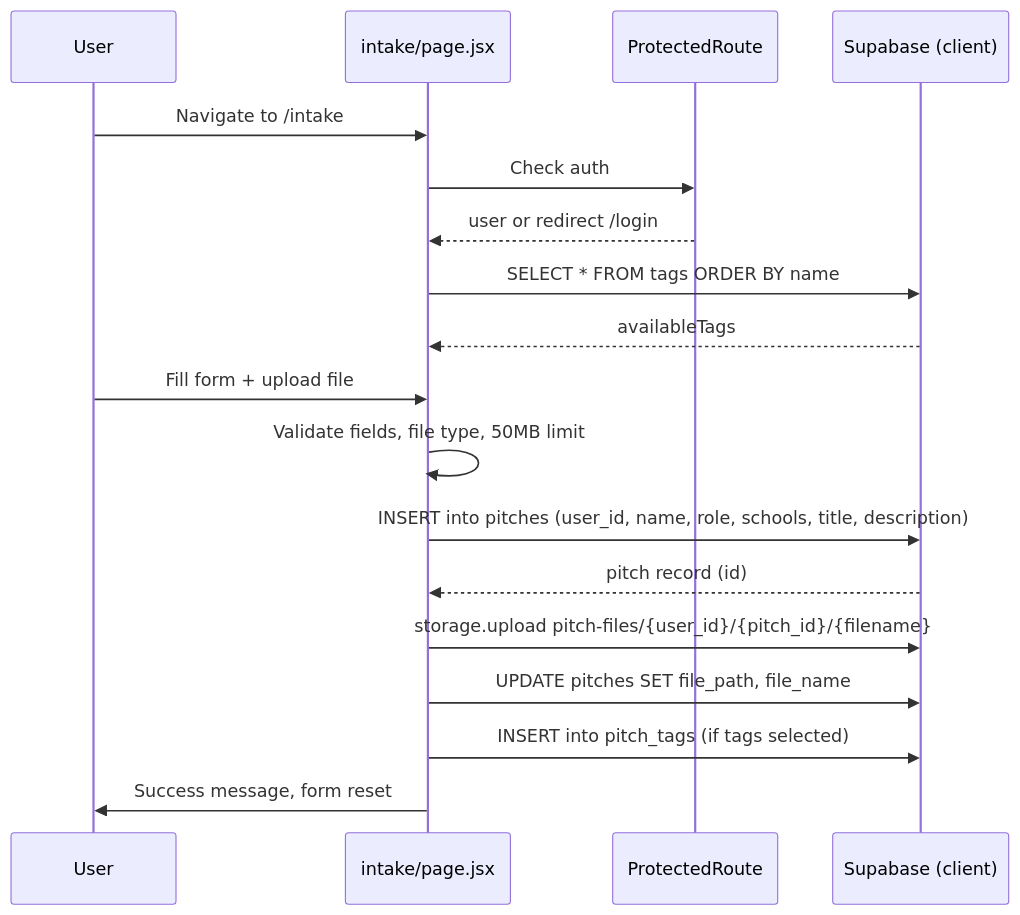
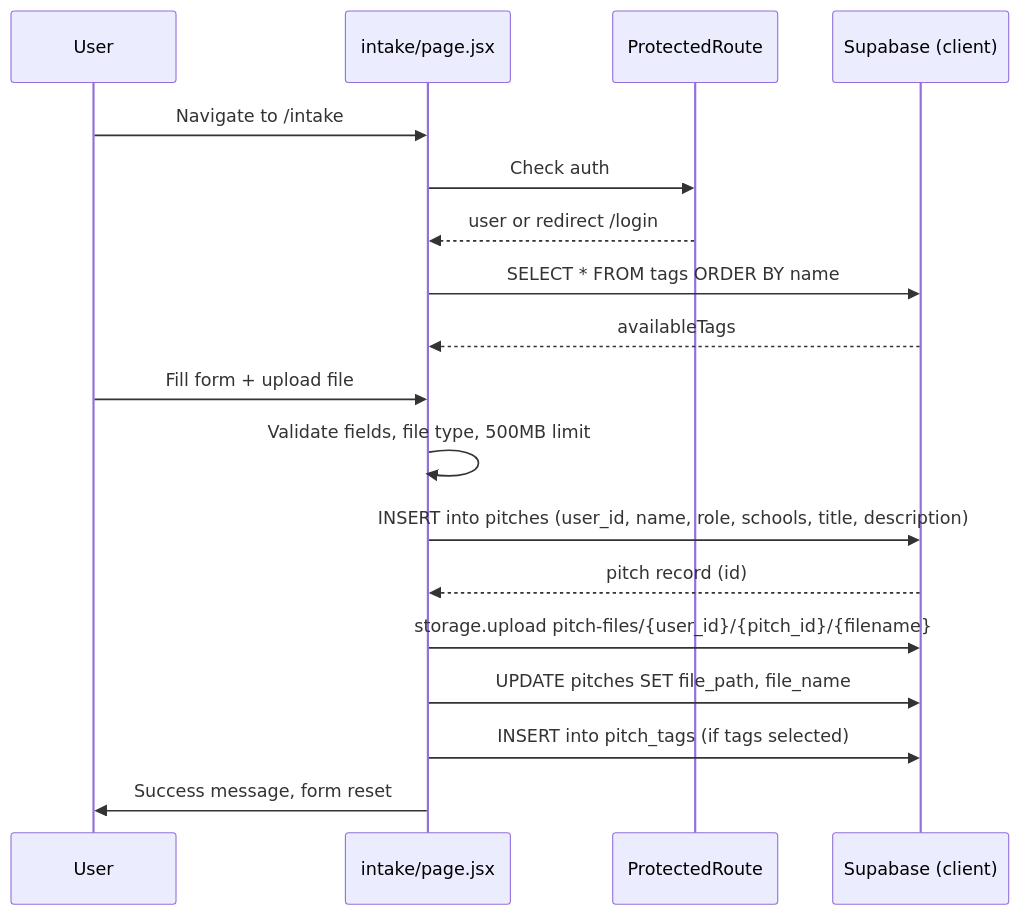
Before and after one commit to XAct1HP/10kp: the third of 4 diagrams in PROJECT_FLOW.md, drawn with Mermaid. The commit also changed other lines of this file and 1 other file, not shown here.

Commit message:
File size limit update

````diff
--- a/PROJECT_FLOW.md
+++ b/PROJECT_FLOW.md
@@ -205,21 +205,21 @@
 ```mermaid
 sequenceDiagram
     participant U as User
     participant I as intake/page.jsx
     participant PR as ProtectedRoute
     participant SB as Supabase (client)
 
     U->>I: Navigate to /intake
     I->>PR: Check auth
     PR-->>I: user or redirect /login
     I->>SB: SELECT * FROM tags ORDER BY name
     SB-->>I: availableTags
     U->>I: Fill form + upload file
-    I->>I: Validate fields, file type, 50MB limit
+    I->>I: Validate fields, file type, 500MB limit
     I->>SB: INSERT into pitches (user_id, name, role, schools, title, description)
     SB-->>I: pitch record (id)
     I->>SB: storage.upload pitch-files/{user_id}/{pitch_id}/{filename}
     I->>SB: UPDATE pitches SET file_path, file_name
     I->>SB: INSERT into pitch_tags (if tags selected)
     I->>U: Success message, form reset
 ```
````
